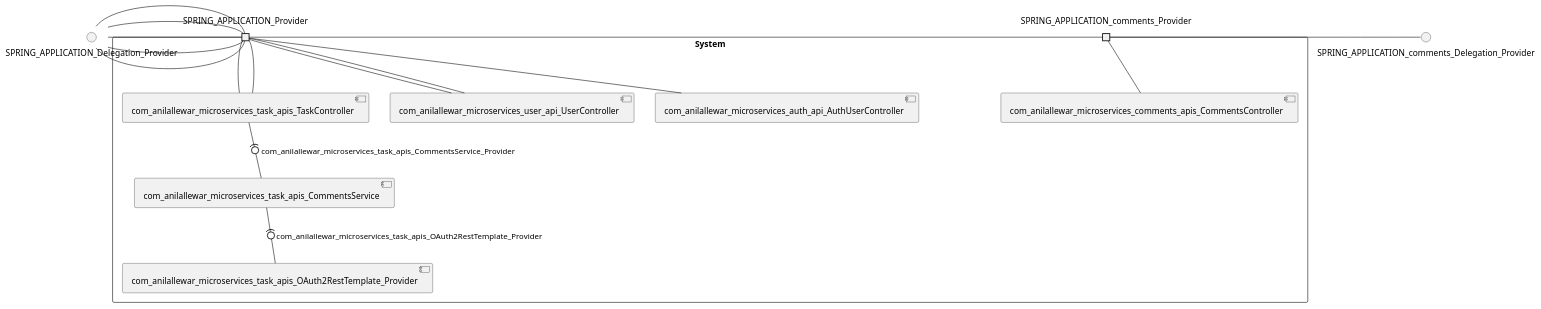
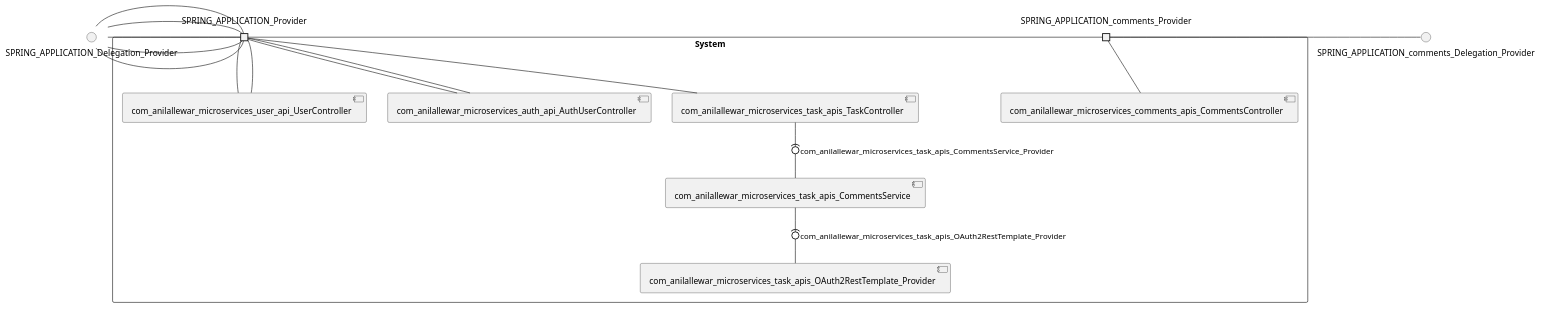
Before and after one commit to View-Based-Reverse-Engineering/Retriever-Benchmark: the diagram in anilallewar-microservices-basics-spring-boot/model_re/uml/systemDiagram.puml, drawn with PlantUML. The commit also changed 34 other files, not shown here.

```diff
--- a/anilallewar-microservices-basics-spring-boot/model_re/uml/systemDiagram.puml
+++ b/anilallewar-microservices-basics-spring-boot/model_re/uml/systemDiagram.puml
@@ -1,35 +1,35 @@
 @startuml
 skinparam fixCircleLabelOverlapping true
 skinparam componentStyle uml2
 () SPRING_APPLICATION_Delegation_Provider
 () SPRING_APPLICATION_comments_Delegation_Provider
 rectangle System {
-[com_anilallewar_microservices_auth_api_AuthUserController] [[anilallewar-microservices-basics-spring-boot.repository#_6EyWo8mJEe6kmois7Lc5GQ]]
-[com_anilallewar_microservices_comments_apis_CommentsController] [[anilallewar-microservices-basics-spring-boot.repository#_6EyWo8mJEe6kmois7Lc5GQ]]
-[com_anilallewar_microservices_task_apis_CommentsService] [[anilallewar-microservices-basics-spring-boot.repository#_6EyWo8mJEe6kmois7Lc5GQ]]
-[com_anilallewar_microservices_task_apis_OAuth2RestTemplate_Provider] [[anilallewar-microservices-basics-spring-boot.repository#_6EyWo8mJEe6kmois7Lc5GQ]]
-[com_anilallewar_microservices_task_apis_TaskController] [[anilallewar-microservices-basics-spring-boot.repository#_6EyWo8mJEe6kmois7Lc5GQ]]
-[com_anilallewar_microservices_user_api_UserController] [[anilallewar-microservices-basics-spring-boot.repository#_6EyWo8mJEe6kmois7Lc5GQ]]
+[com_anilallewar_microservices_auth_api_AuthUserController] [[anilallewar-microservices-basics-spring-boot.repository#_pIFHesmVEe6Ta4mqFDZ1_Q]]
+[com_anilallewar_microservices_comments_apis_CommentsController] [[anilallewar-microservices-basics-spring-boot.repository#_pIFHesmVEe6Ta4mqFDZ1_Q]]
+[com_anilallewar_microservices_task_apis_CommentsService] [[anilallewar-microservices-basics-spring-boot.repository#_pIFHesmVEe6Ta4mqFDZ1_Q]]
+[com_anilallewar_microservices_task_apis_OAuth2RestTemplate_Provider] [[anilallewar-microservices-basics-spring-boot.repository#_pIFHesmVEe6Ta4mqFDZ1_Q]]
+[com_anilallewar_microservices_task_apis_TaskController] [[anilallewar-microservices-basics-spring-boot.repository#_pIFHesmVEe6Ta4mqFDZ1_Q]]
+[com_anilallewar_microservices_user_api_UserController] [[anilallewar-microservices-basics-spring-boot.repository#_pIFHesmVEe6Ta4mqFDZ1_Q]]
 port SPRING_APPLICATION_Provider
 SPRING_APPLICATION_Delegation_Provider - SPRING_APPLICATION_Provider
-SPRING_APPLICATION_Provider - [com_anilallewar_microservices_task_apis_TaskController]
+SPRING_APPLICATION_Provider - [com_anilallewar_microservices_user_api_UserController]
+port SPRING_APPLICATION_Provider
+SPRING_APPLICATION_Delegation_Provider - SPRING_APPLICATION_Provider
+SPRING_APPLICATION_Provider - [com_anilallewar_microservices_auth_api_AuthUserController]
 port SPRING_APPLICATION_Provider
 SPRING_APPLICATION_Delegation_Provider - SPRING_APPLICATION_Provider
 SPRING_APPLICATION_Provider - [com_anilallewar_microservices_task_apis_TaskController]
 port SPRING_APPLICATION_Provider
 SPRING_APPLICATION_Delegation_Provider - SPRING_APPLICATION_Provider
 SPRING_APPLICATION_Provider - [com_anilallewar_microservices_user_api_UserController]
 port SPRING_APPLICATION_Provider
 SPRING_APPLICATION_Delegation_Provider - SPRING_APPLICATION_Provider
 SPRING_APPLICATION_Provider - [com_anilallewar_microservices_auth_api_AuthUserController]
-port SPRING_APPLICATION_Provider
-SPRING_APPLICATION_Delegation_Provider - SPRING_APPLICATION_Provider
-SPRING_APPLICATION_Provider - [com_anilallewar_microservices_user_api_UserController]
 port SPRING_APPLICATION_comments_Provider
 SPRING_APPLICATION_comments_Delegation_Provider - SPRING_APPLICATION_comments_Provider
 SPRING_APPLICATION_comments_Provider - [com_anilallewar_microservices_comments_apis_CommentsController]
 [com_anilallewar_microservices_task_apis_TaskController] -(0- [com_anilallewar_microservices_task_apis_CommentsService] : com_anilallewar_microservices_task_apis_CommentsService_Provider
 [com_anilallewar_microservices_task_apis_CommentsService] -(0- [com_anilallewar_microservices_task_apis_OAuth2RestTemplate_Provider] : com_anilallewar_microservices_task_apis_OAuth2RestTemplate_Provider
 }
 
 @enduml
```
